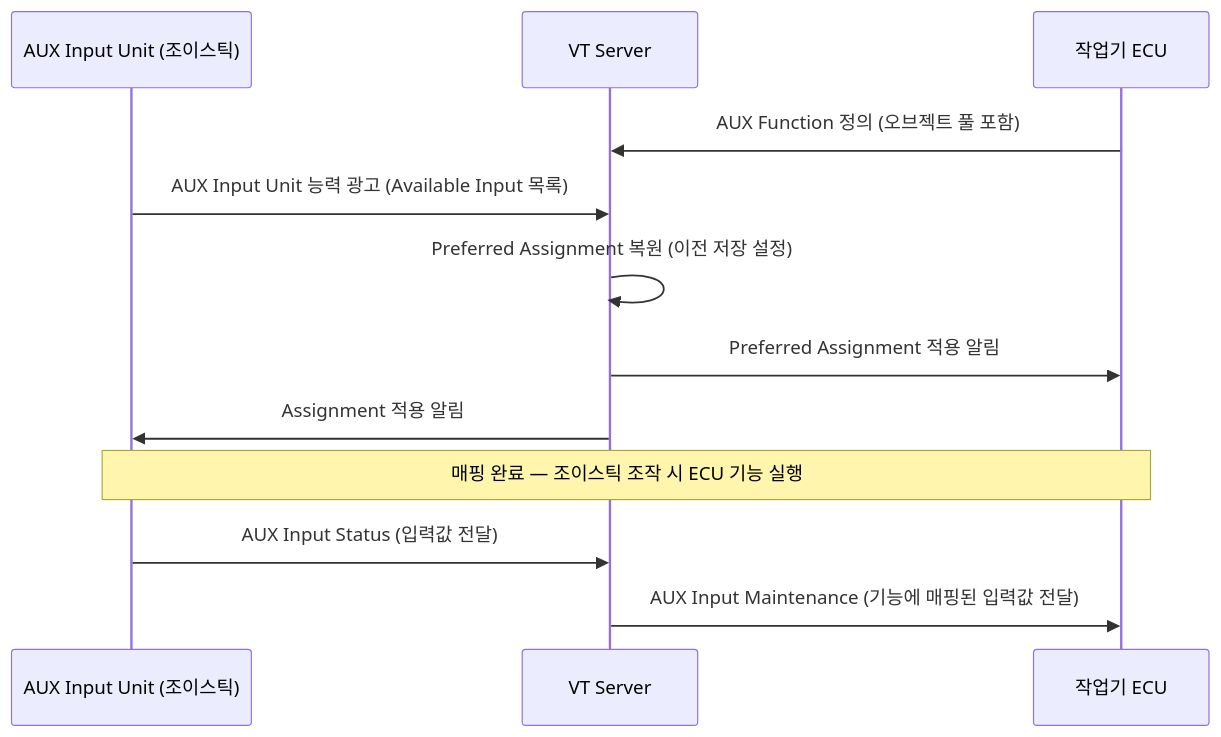
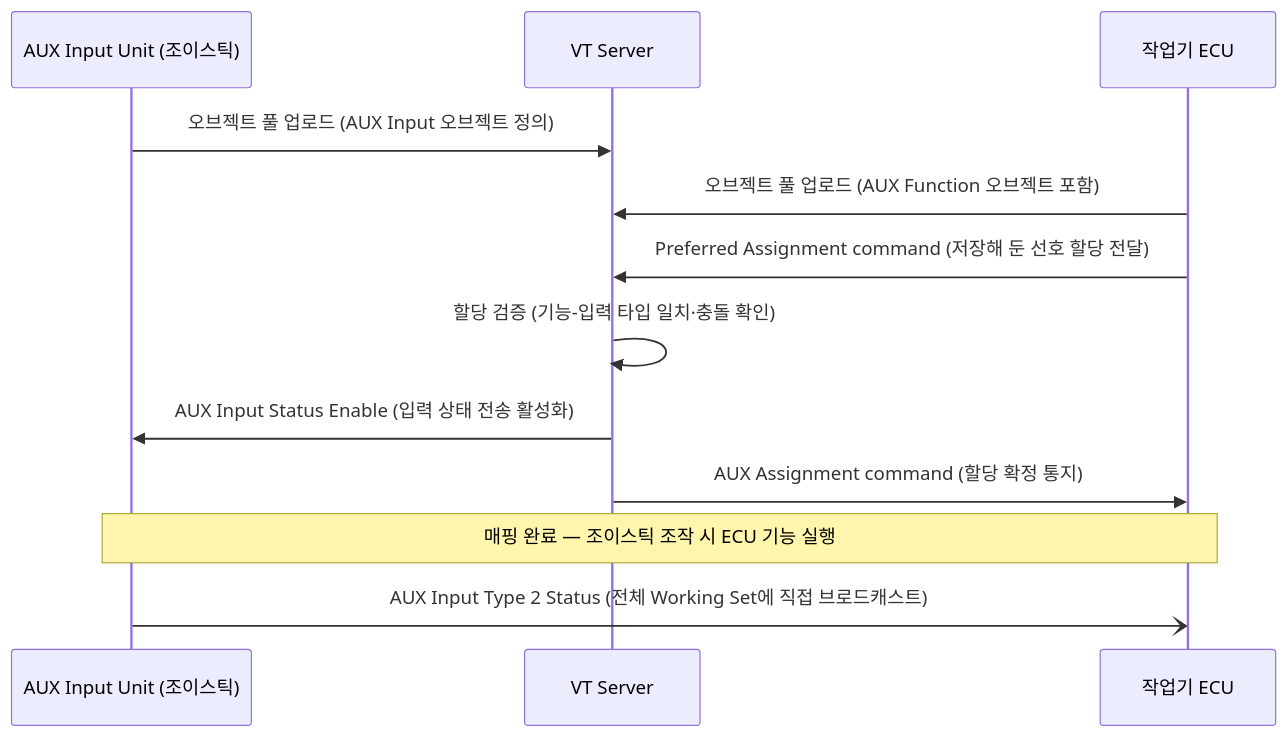
Before and after one commit to hobeen-kim/hobeen-kim.github.io: the fifth of 5 diagrams in docs/_study/isobus/15-vt-basics.md, drawn with Mermaid. The commit also changed other lines of this file and 18 other files, not shown here.

````diff
--- a/docs/_study/isobus/15-vt-basics.md
+++ b/docs/_study/isobus/15-vt-basics.md
@@ -156,18 +162,18 @@
 ```mermaid
 sequenceDiagram
     participant AUX as AUX Input Unit (조이스틱)
     participant VT as VT Server
     participant ECU as 작업기 ECU
 
-    ECU->>VT: AUX Function 정의 (오브젝트 풀 포함)
-    AUX->>VT: AUX Input Unit 능력 광고 (Available Input 목록)
+    AUX->>VT: 오브젝트 풀 업로드 (AUX Input 오브젝트 정의)
+    ECU->>VT: 오브젝트 풀 업로드 (AUX Function 오브젝트 포함)
 
-    VT->>VT: Preferred Assignment 복원 (이전 저장 설정)
-    VT->>ECU: Preferred Assignment 적용 알림
-    VT->>AUX: Assignment 적용 알림
+    ECU->>VT: Preferred Assignment command (저장해 둔 선호 할당 전달)
+    VT->>VT: 할당 검증 (기능-입력 타입 일치·충돌 확인)
+    VT->>AUX: AUX Input Status Enable (입력 상태 전송 활성화)
+    VT->>ECU: AUX Assignment command (할당 확정 통지)
 
     Note over AUX, ECU: 매핑 완료 — 조이스틱 조작 시 ECU 기능 실행
 
-    AUX->>VT: AUX Input Status (입력값 전달)
-    VT->>ECU: AUX Input Maintenance (기능에 매핑된 입력값 전달)
+    AUX-)ECU: AUX Input Type 2 Status (전체 Working Set에 직접 브로드캐스트)
 ```
````
